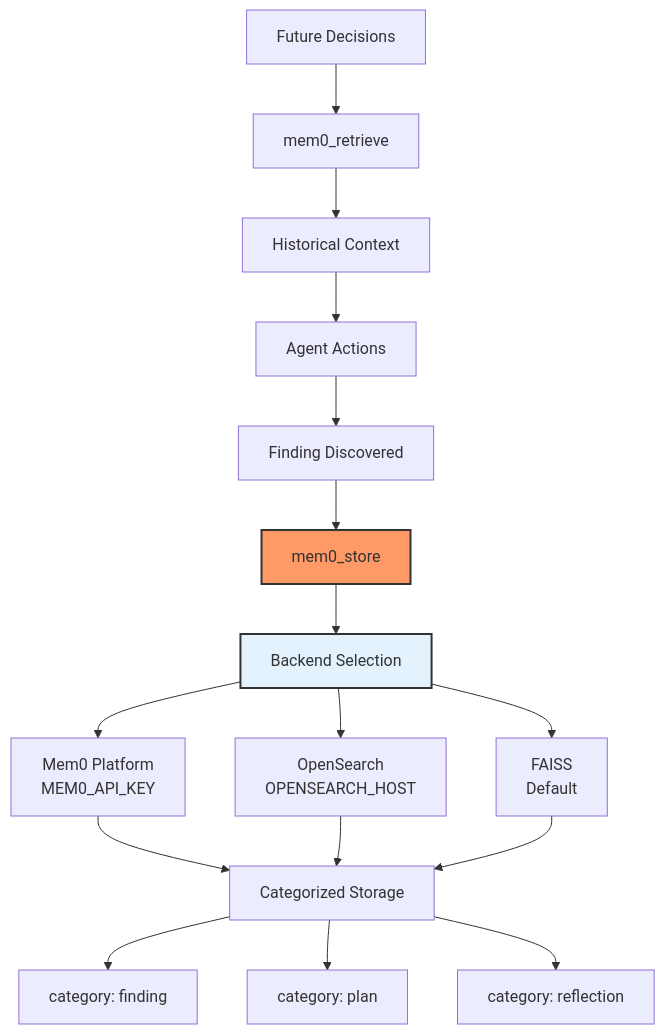
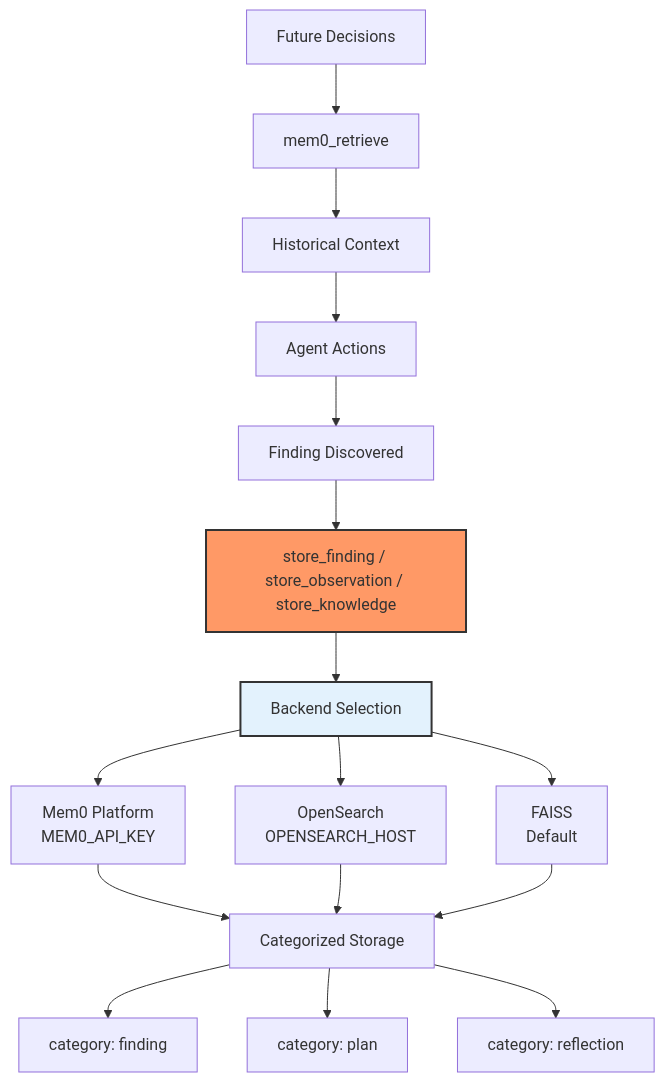
One commit to double16/Cyber-AutoAgent-ng changed the seventh of 7 diagrams in docs/architecture.md. Above: the diagram before and after it, drawn with Mermaid. The commit also changed other lines of this file and 182 other files, not shown here.

````diff
--- a/docs/architecture.md
+++ b/docs/architecture.md
@@ -227,25 +341,25 @@
 ```mermaid
 graph TB
     A[Agent Actions] --> B[Finding Discovered]
-    B --> C[mem0_store]
+    B --> C[store_finding / store_observation / store_knowledge]
     C --> D[Backend Selection]
 
     D --> E[Mem0 Platform<br/>MEM0_API_KEY]
     D --> F[OpenSearch<br/>OPENSEARCH_HOST]
     D --> G[FAISS<br/>Default]
 
     E --> H[Categorized Storage]
     F --> H
     G --> H
 
     H --> I[category: finding]
     H --> J[category: plan]
     H --> K[category: reflection]
 
     L[Future Decisions] --> M[mem0_retrieve]
     M --> N[Historical Context]
     N --> A
 
     style C fill:#f96,stroke:#333,stroke-width:2px
     style D fill:#e3f2fd,stroke:#333,stroke-width:2px
 ```
````
